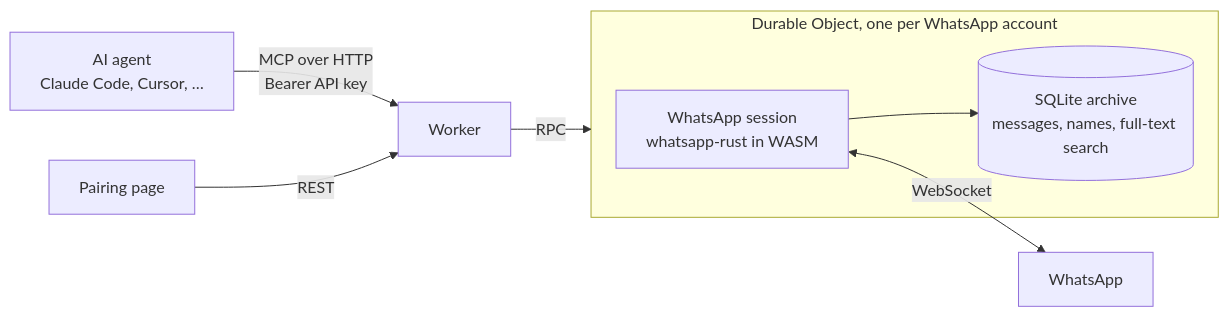
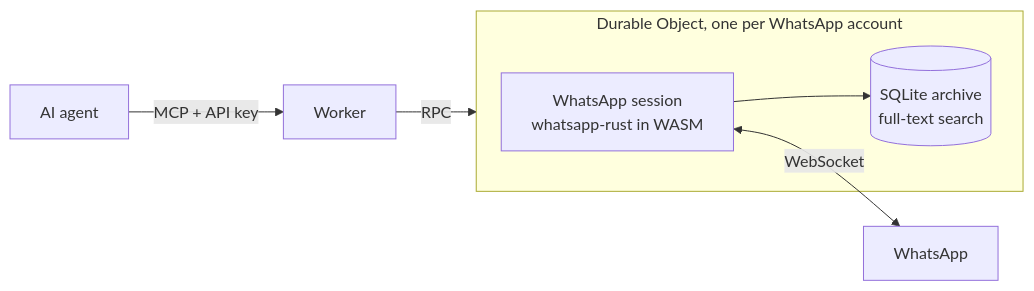
Before and after one commit to felipeadeildo/whatsapp-mcp: the diagram in README.md, drawn with Mermaid. The commit also changed other lines of this file, not shown here.

````diff
--- a/README.md
+++ b/README.md
@@ -30,12 +27,11 @@
 ```mermaid
 flowchart LR
-  agent["AI agent<br/>Claude Code, Cursor, …"] -- "MCP over HTTP<br/>Bearer API key" --> worker["Worker"]
-  browser["Pairing page"] -- "REST" --> worker
+  agent["AI agent"] -- "MCP + API key" --> worker["Worker"]
   worker -- "RPC" --> account
   subgraph account["Durable Object, one per WhatsApp account"]
     socket["WhatsApp session<br/>whatsapp-rust in WASM"]
-    archive[("SQLite archive<br/>messages, names, full-text search")]
+    archive[("SQLite archive<br/>full-text search")]
     socket --> archive
   end
   socket <-- "WebSocket" --> whatsapp["WhatsApp"]
 ```
````
